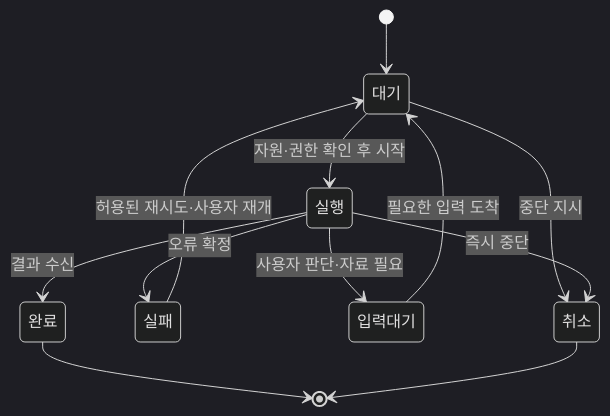
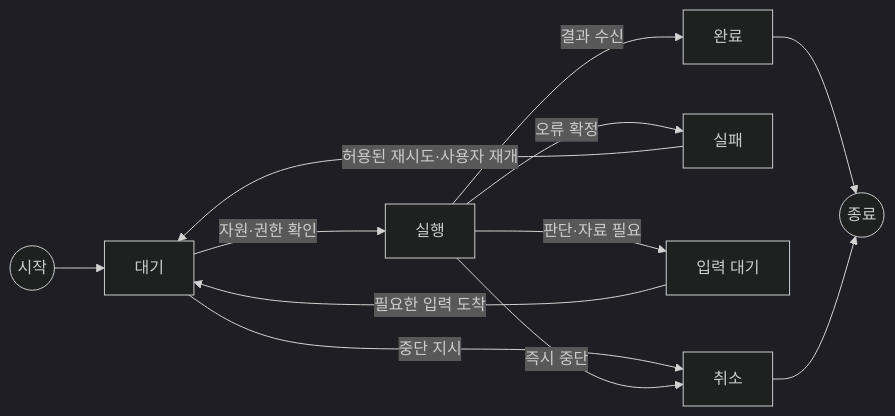
One commit to Rmayana/frontier-research-harness changed the sixth of 11 diagrams in docs/ARCHITECTURE.md. Above: the diagram before and after it, drawn with Mermaid (dark theme). The commit also changed other lines of this file, not shown here.

Commit message:
docs: convert architecture sequence and state diagrams to flowcharts

````diff
--- a/docs/ARCHITECTURE.md
+++ b/docs/ARCHITECTURE.md
@@ -225,14 +222,14 @@
 ```mermaid
-stateDiagram-v2
-    [*] --> 대기
-    대기 --> 실행: 자원·권한 확인 후 시작
-    실행 --> 완료: 결과 수신
-    실행 --> 실패: 오류 확정
-    실행 --> 입력대기: 사용자 판단·자료 필요
-    입력대기 --> 대기: 필요한 입력 도착
-    대기 --> 취소: 중단 지시
-    실행 --> 취소: 즉시 중단
-    실패 --> 대기: 허용된 재시도·사용자 재개
-    완료 --> [*]
-    취소 --> [*]
+flowchart LR
+    START(("시작")) --> WAIT["대기"]
+    WAIT -->|자원·권한 확인| RUN["실행"]
+    RUN -->|결과 수신| DONE["완료"]
+    RUN -->|오류 확정| FAIL["실패"]
+    RUN -->|판단·자료 필요| INPUT["입력 대기"]
+    INPUT -->|필요한 입력 도착| WAIT
+    FAIL -->|허용된 재시도·사용자 재개| WAIT
+    WAIT -->|중단 지시| CANCEL["취소"]
+    RUN -->|즉시 중단| CANCEL
+    DONE --> END(("종료"))
+    CANCEL --> END
 ```
````
